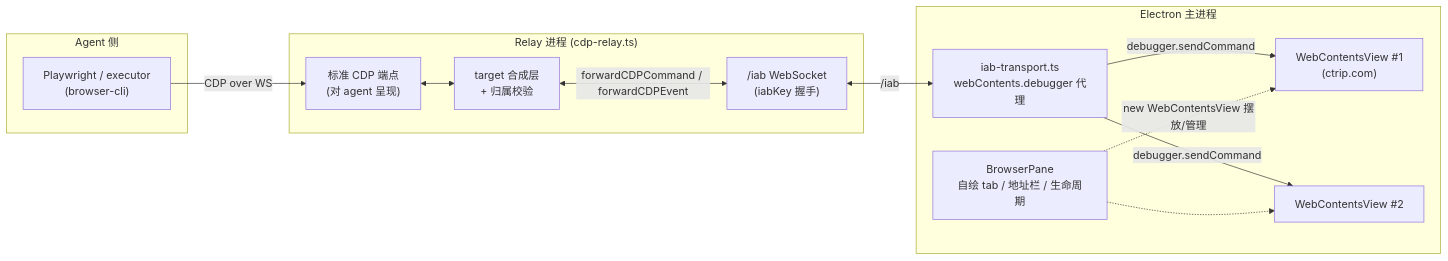
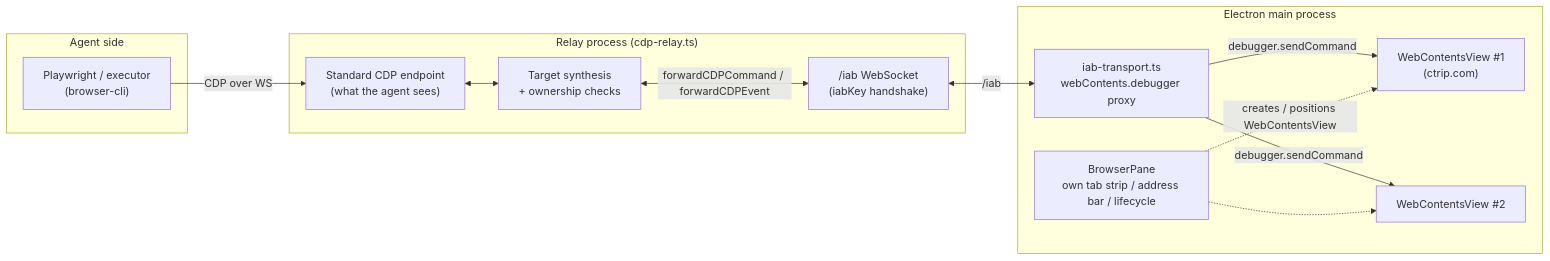
The first of 5 diagrams in docs/architecture/iab-in-app-browser.md (Prism-Shadow/travel-agent), drawn with Mermaid before and after one commit. The commit also changed other lines of this file and 7 other files, not shown here.

Commit message:
docs: translate the architecture and verification docs to English, and state the rule in AGENTS.md

````diff
--- a/docs/architecture/iab-in-app-browser.md
+++ b/docs/architecture/iab-in-app-browser.md
@@ -19,28 +21,28 @@
 ```mermaid
 flowchart LR
-    subgraph agent["Agent 侧"]
+    subgraph agent["Agent side"]
         PW["Playwright / executor<br/>(browser-cli)"]
     end
 
-    subgraph relay["Relay 进程 (cdp-relay.ts)"]
-        EP["标准 CDP 端点<br/>(对 agent 呈现)"]
-        SYN["target 合成层<br/>+ 归属校验"]
-        WS["/iab WebSocket<br/>(iabKey 握手)"]
+    subgraph relay["Relay process (cdp-relay.ts)"]
+        EP["Standard CDP endpoint<br/>(what the agent sees)"]
+        SYN["Target synthesis<br/>+ ownership checks"]
+        WS["/iab WebSocket<br/>(iabKey handshake)"]
     end
 
-    subgraph main["Electron 主进程"]
-        TR["iab-transport.ts<br/>webContents.debugger 代理"]
-        PANE["BrowserPane<br/>自绘 tab / 地址栏 / 生命周期"]
+    subgraph main["Electron main process"]
+        TR["iab-transport.ts<br/>webContents.debugger proxy"]
+        PANE["BrowserPane<br/>own tab strip / address bar / lifecycle"]
         V1["WebContentsView #1<br/>(ctrip.com)"]
         V2["WebContentsView #2"]
     end
 
     PW -->|"CDP over WS"| EP
     EP <--> SYN
     SYN <-->|"forwardCDPCommand / forwardCDPEvent"| WS
     WS <-->|"/iab"| TR
     TR -->|"debugger.sendCommand"| V1
     TR -->|"debugger.sendCommand"| V2
-    PANE -.->|"new WebContentsView 摆放/管理"| V1
+    PANE -.->|"creates / positions WebContentsView"| V1
     PANE -.-> V2
 ```
````
